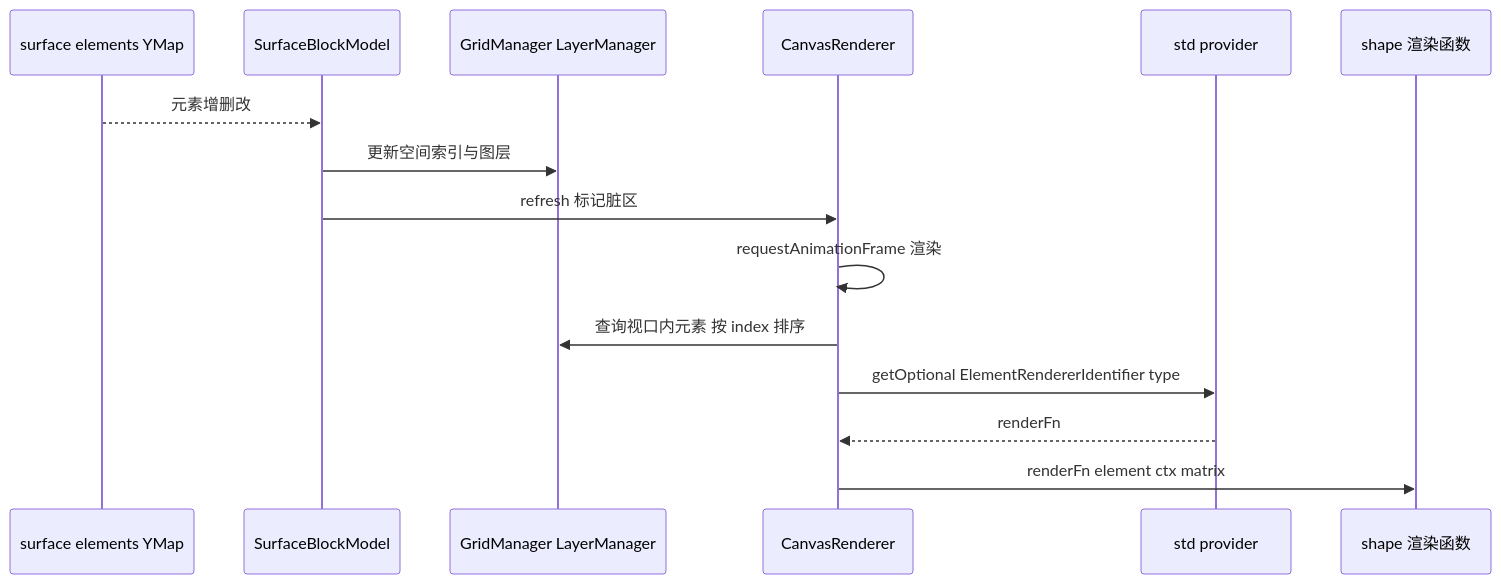
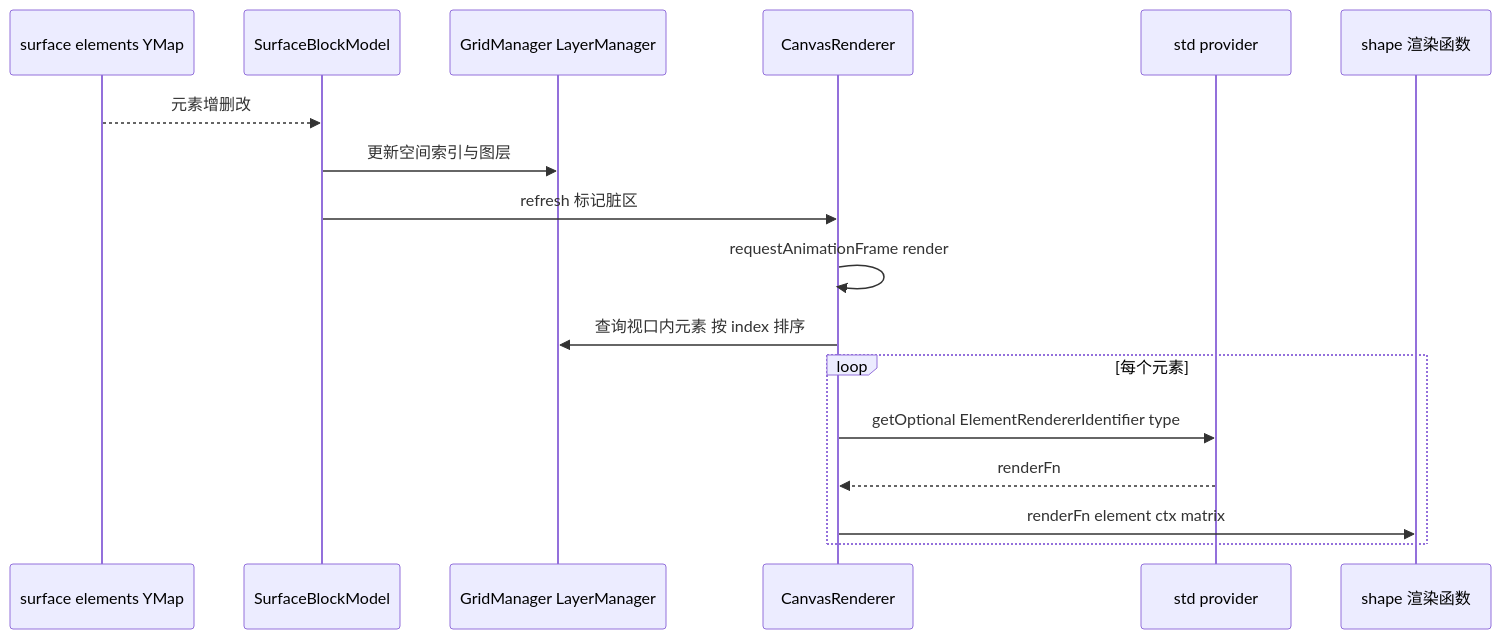
The fourth of 4 diagrams in learning-guide/slides/decks/14.md (lfire/AFFiNE), drawn with Mermaid before and after one commit. The commit also changed other lines of this file and 46 other files, not shown here.

````diff
--- a/learning-guide/slides/decks/14.md
+++ b/learning-guide/slides/decks/14.md
@@ -429,17 +422,19 @@
 ```mermaid
 sequenceDiagram
   participant Y as surface elements YMap
   participant SM as SurfaceBlockModel
   participant GM as GridManager LayerManager
   participant CR as CanvasRenderer
   participant DI as std provider
   participant FN as shape 渲染函数
   Y-->>SM: 元素增删改
   SM->>GM: 更新空间索引与图层
   SM->>CR: refresh 标记脏区
-  CR->>CR: requestAnimationFrame 渲染
+  CR->>CR: requestAnimationFrame render
   CR->>GM: 查询视口内元素 按 index 排序
-  CR->>DI: getOptional ElementRendererIdentifier type
-  DI-->>CR: renderFn
-  CR->>FN: renderFn element ctx matrix
+  loop 每个元素
+    CR->>DI: getOptional ElementRendererIdentifier type
+    DI-->>CR: renderFn
+    CR->>FN: renderFn element ctx matrix
+  end
 ```
````
